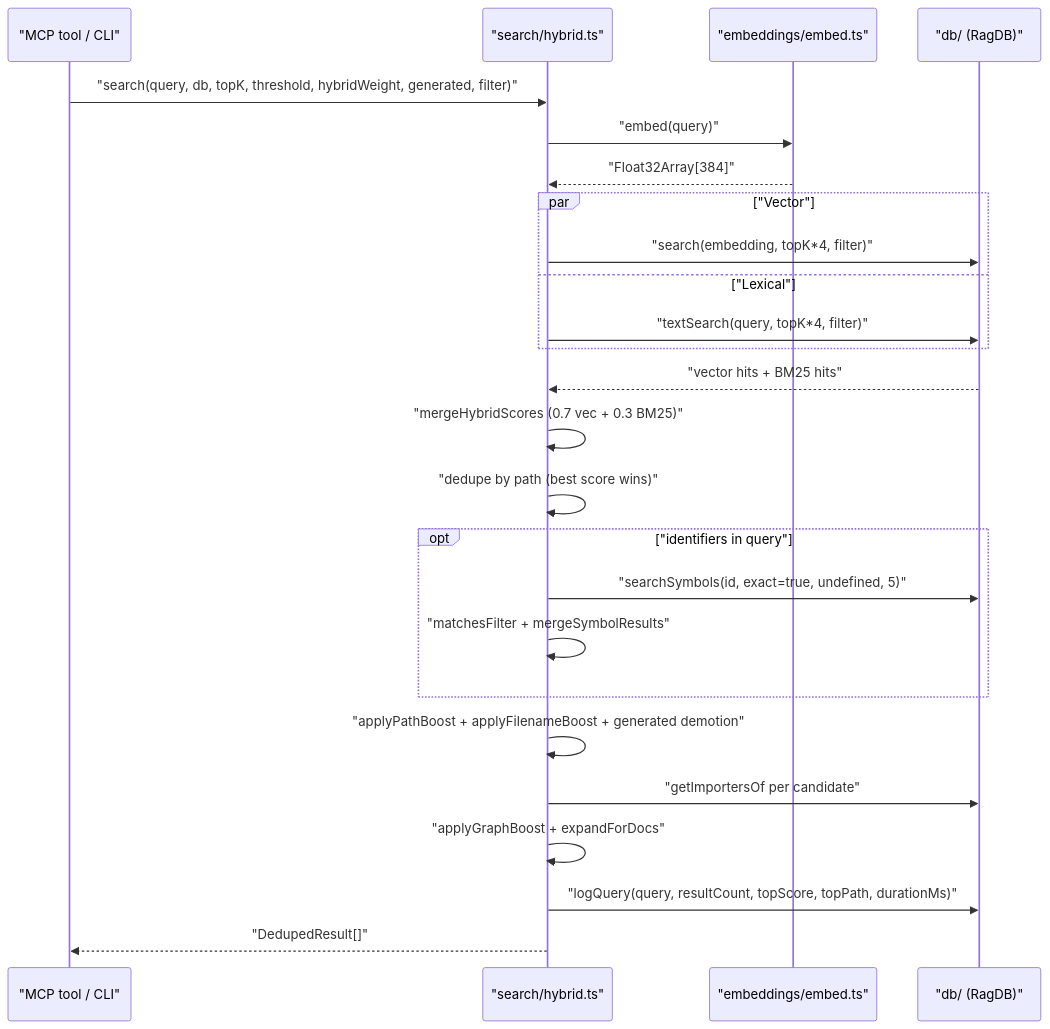
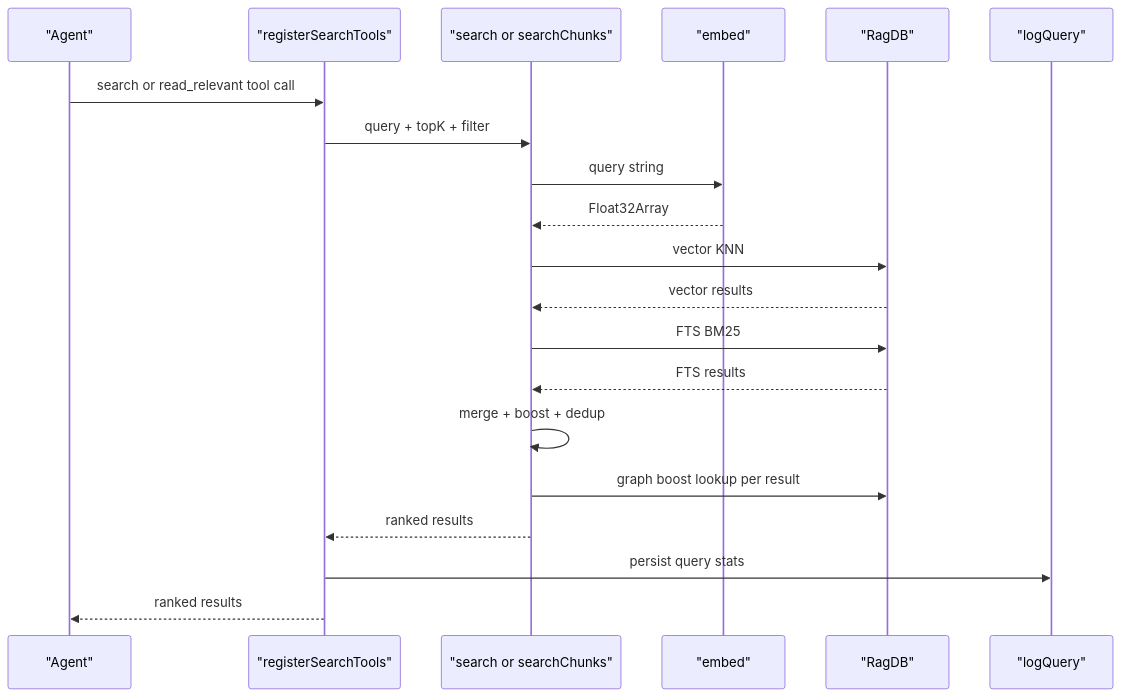
Before and after one commit to TheWinci/mimirs: the first of 3 diagrams in wiki/data-flows.md, drawn with Mermaid. The commit also changed other lines of this file and 100 other files, not shown here.

````diff
--- a/wiki/data-flows.md
+++ b/wiki/data-flows.md
@@ -65,28 +15,23 @@
 ```mermaid
 sequenceDiagram
-  participant caller as "MCP tool / CLI"
-  participant hybrid as "search/hybrid.ts"
-  participant embed as "embeddings/embed.ts"
-  participant db as "db/ (RagDB)"
+    participant agent as "Agent"
+    participant searchTool as "registerSearchTools"
+    participant hybridFn as "search or searchChunks"
+    participant embedFn as "embed"
+    participant ragDB as "RagDB"
+    participant logFn as "logQuery"
 
-  caller->>hybrid: "search(query, db, topK, threshold, hybridWeight, generated, filter)"
-  hybrid->>embed: "embed(query)"
-  embed-->>hybrid: "Float32Array[384]"
-  par "Vector"
-    hybrid->>db: "search(embedding, topK*4, filter)"
-  and "Lexical"
-    hybrid->>db: "textSearch(query, topK*4, filter)"
-  end
-  db-->>hybrid: "vector hits + BM25 hits"
-  hybrid->>hybrid: "mergeHybridScores (0.7 vec + 0.3 BM25)"
-  hybrid->>hybrid: "dedupe by path (best score wins)"
-  opt "identifiers in query"
-    hybrid->>db: "searchSymbols(id, exact=true, undefined, 5)"
-    hybrid->>hybrid: "matchesFilter + mergeSymbolResults"
-  end
-  hybrid->>hybrid: "applyPathBoost + applyFilenameBoost + generated demotion"
-  hybrid->>db: "getImportersOf per candidate"
-  hybrid->>hybrid: "applyGraphBoost + expandForDocs"
-  hybrid->>db: "logQuery(query, resultCount, topScore, topPath, durationMs)"
-  hybrid-->>caller: "DedupedResult[]"
+    agent->>searchTool: search or read_relevant tool call
+    searchTool->>hybridFn: query + topK + filter
+    hybridFn->>embedFn: query string
+    embedFn-->>hybridFn: Float32Array
+    hybridFn->>ragDB: vector KNN
+    ragDB-->>hybridFn: vector results
+    hybridFn->>ragDB: FTS BM25
+    ragDB-->>hybridFn: FTS results
+    hybridFn->>hybridFn: merge + boost + dedup
+    hybridFn->>ragDB: graph boost lookup per result
+    hybridFn-->>searchTool: ranked results
+    searchTool->>logFn: persist query stats
+    searchTool-->>agent: ranked results
 ```
````
